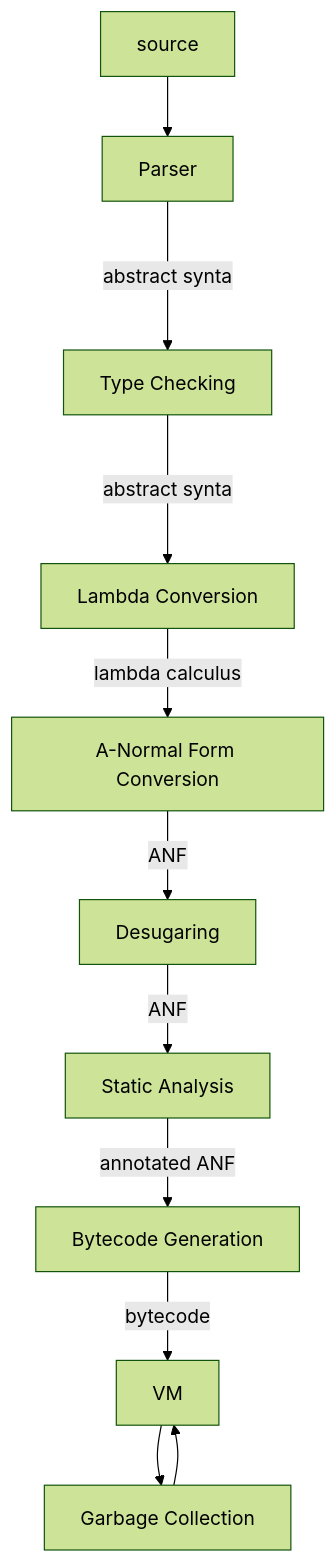
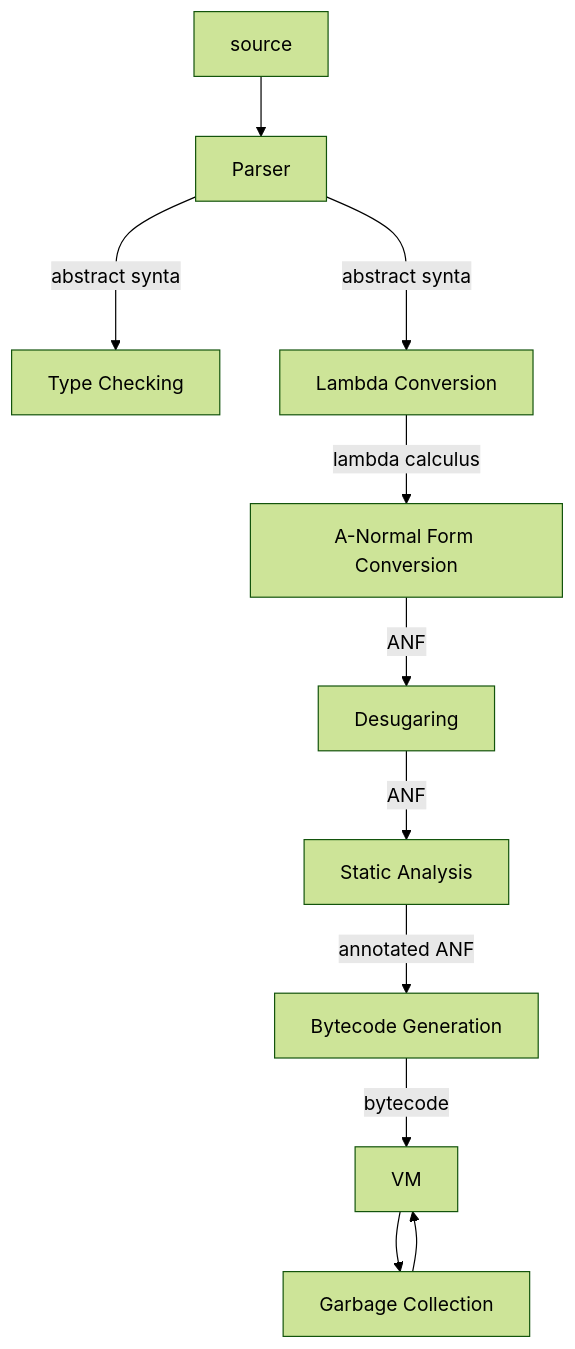
The diagram in README.md (billhails/CEKF), drawn with Mermaid (forest theme) before and after one commit. The commit also changed 59 other files, not shown here.

````diff
--- a/README.md
+++ b/README.md
@@ -63,16 +63,17 @@
 ```mermaid
 flowchart TD
 
 source --> AST[Parser]
  --abstract syntax-->  
-check[Type Checking] --abstract syntax-->  
+check[Type Checking]
+AST --abstract syntax-->  
 lambda[Lambda Conversion] --lambda calculus-->  
 anf[A-Normal Form Conversion] --ANF-->  
 desugaring2[Desugaring]  
 static[Static Analysis] --annotated ANF-->  
 Bytecode[Bytecode Generation] --bytecode--> VM
 desugaring2 --ANF-->
 static
 GC[Garbage Collection] --> VM
 VM --> GC
 ```
````
